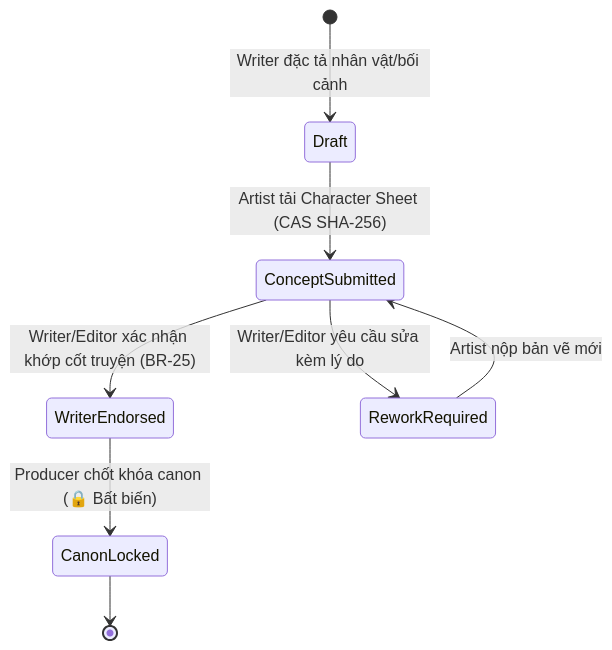
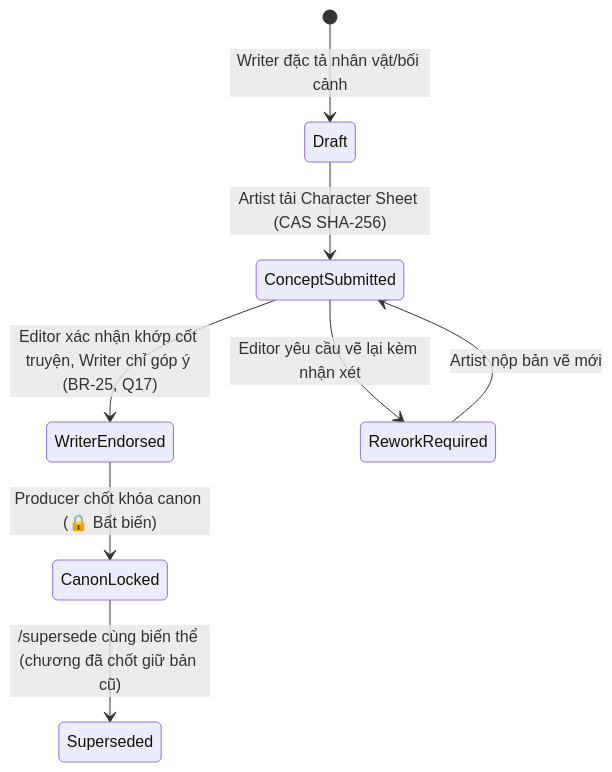
Before and after one commit to tkiennt/panelforge-hubs: the third of 4 diagrams in web/public/docs/standards/PanelForge_Ubiquitous_Language_and_State_Glossary.md, drawn with Mermaid. The commit also changed other lines of this file and 100 other files, not shown here.

````diff
--- a/web/public/docs/standards/PanelForge_Ubiquitous_Language_and_State_Glossary.md
+++ b/web/public/docs/standards/PanelForge_Ubiquitous_Language_and_State_Glossary.md
@@ -117,10 +123,10 @@
 ```mermaid
 stateDiagram-v2
     [*] --> Draft: Writer đặc tả nhân vật/bối cảnh
     Draft --> ConceptSubmitted: Artist tải Character Sheet (CAS SHA-256)
-    ConceptSubmitted --> WriterEndorsed: Writer/Editor xác nhận khớp cốt truyện (BR-25)
-    ConceptSubmitted --> ReworkRequired: Writer/Editor yêu cầu sửa kèm lý do
+    ConceptSubmitted --> WriterEndorsed: Editor xác nhận khớp cốt truyện, Writer chỉ góp ý (BR-25, Q17)
+    ConceptSubmitted --> ReworkRequired: Editor yêu cầu vẽ lại kèm nhận xét
     ReworkRequired --> ConceptSubmitted: Artist nộp bản vẽ mới
     WriterEndorsed --> CanonLocked: Producer chốt khóa canon (🔒 Bất biến)
-    CanonLocked --> [*]
+    CanonLocked --> Superseded: /supersede cùng biến thể (chương đã chốt giữ bản cũ)
 ```
````
